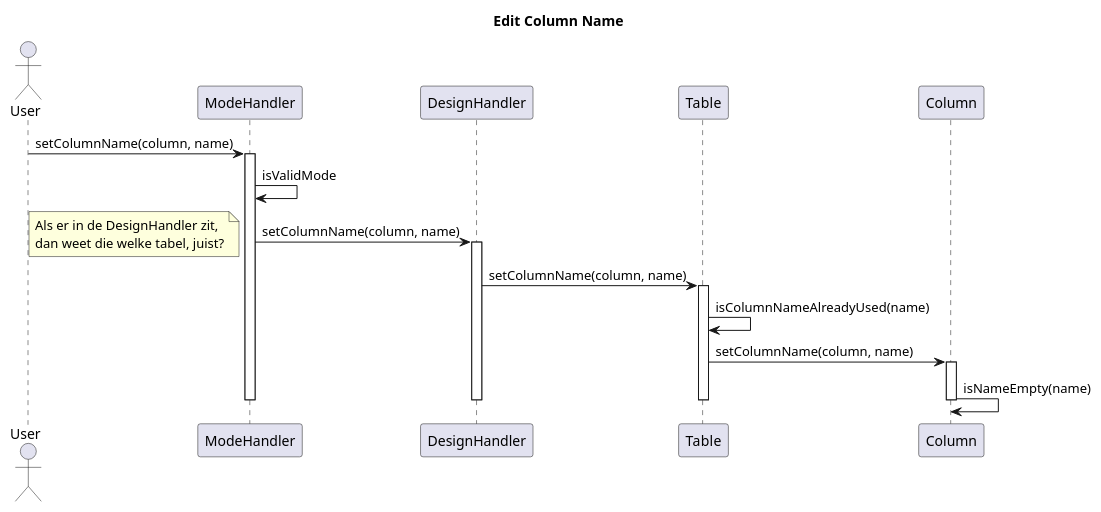
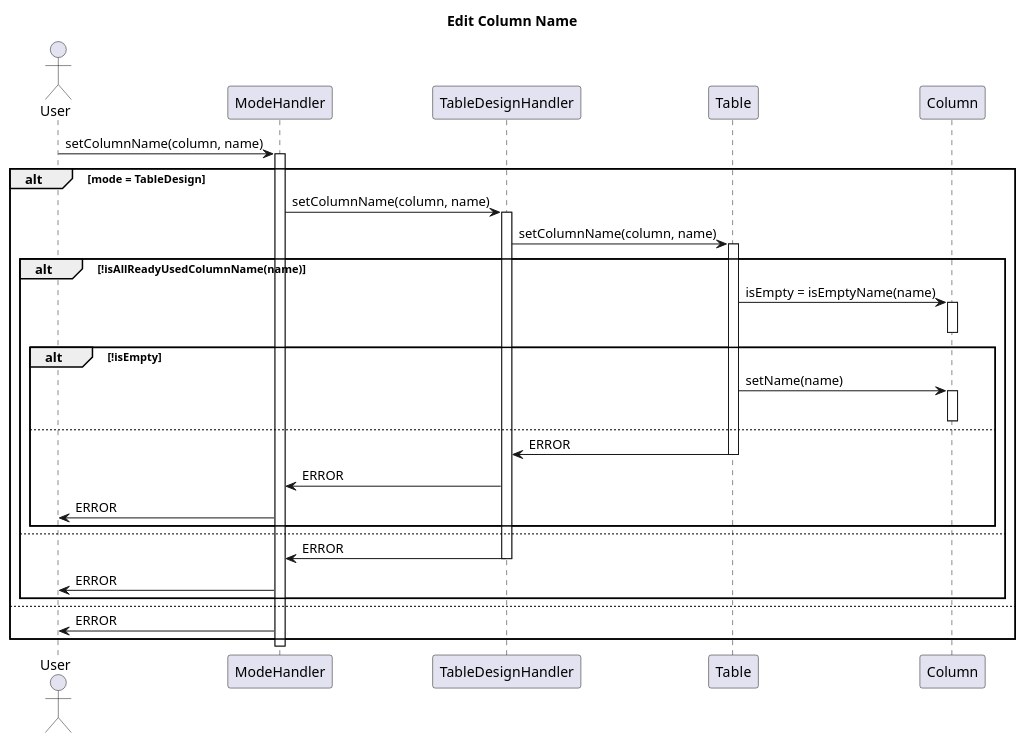
One commit to Bhamoss/softwareOntwerpProject changed the diagram in diagrams/interactionDiagrams/editColumnName.puml. Above: the diagram before and after it, drawn with PlantUML. The commit also changed 5 other files, not shown here.

Commit message:
correction of interactionDiagrams of edit column characteristics

```diff
--- a/diagrams/interactionDiagrams/editColumnName.puml
+++ b/diagrams/interactionDiagrams/editColumnName.puml
@@ -1,31 +1,40 @@
 @startuml
 title Edit Column Name
 Actor User
 
 User -> ModeHandler: setColumnName(column, name)
-Activate ModeHandler
-ModeHandler -> ModeHandler: isValidMode
-ModeHandler -> DesignHandler: setColumnName(column, name)
-Activate DesignHandler
-note left
-    Als er in de DesignHandler zit,
-    dan weet die welke tabel, juist?
-end note
-DesignHandler -> Table: setColumnName(column, name)
-activate Table
-Table -> Table: isColumnNameAlreadyUsed(name)
+activate ModeHandler
+alt mode = TableDesign
+    ModeHandler -> TableDesignHandler: setColumnName(column, name)
+    activate TableDesignHandler
+    TableDesignHandler -> Table: setColumnName(column, name)
+    activate Table
+    alt !isAllReadyUsedColumnName(name)
+        Table -> Column: isEmpty = isEmptyName(name)
+        activate Column
+        deactivate Column
+        alt !isEmpty
+            Table -> Column: setName(name)
+            activate Column
+            deactivate Column
+        else
+            Table -> TableDesignHandler: ERROR
+            deactivate Table
+            TableDesignHandler -> ModeHandler: ERROR
+            ModeHandler -> User: ERROR
+        end
+    else
+    TableDesignHandler -> ModeHandler: ERROR
+    deactivate TableDesignHandler
+    ModeHandler -> User: ERROR
+    end
+else
+    ModeHandler -> User: ERROR
 
-Table -> Column: setColumnName(column, name)
-Activate Column
+end
 
-Column -> Column: isNameEmpty(name)
 
-Deactivate Column
+deactivate ModeHandler
 
-deactivate Table
-
-Deactivate DesignHandler
-
-Deactivate ModeHandler
 
 @enduml
```
